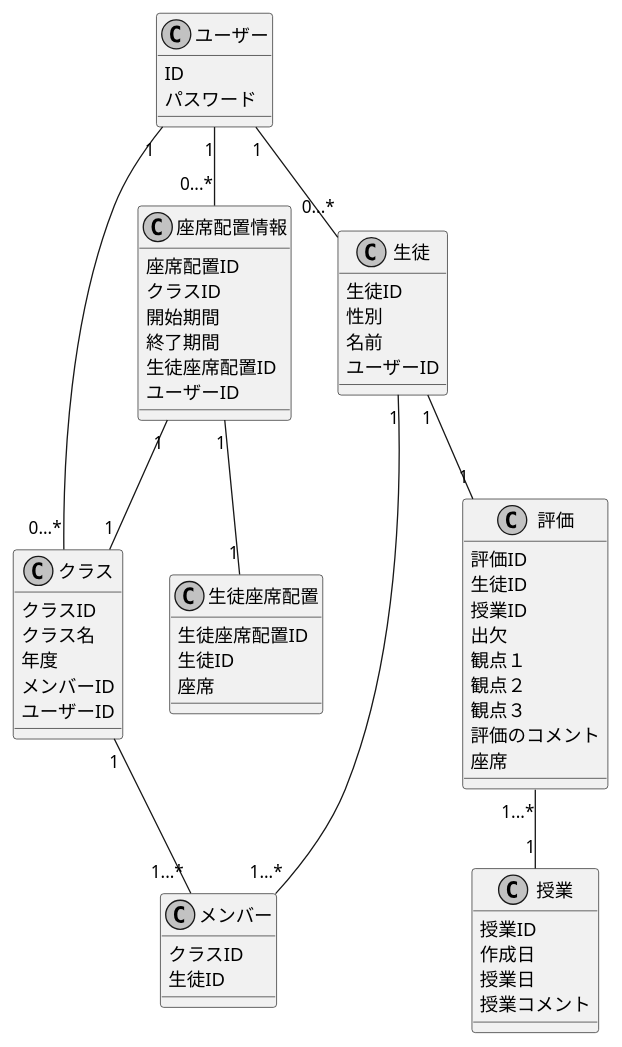
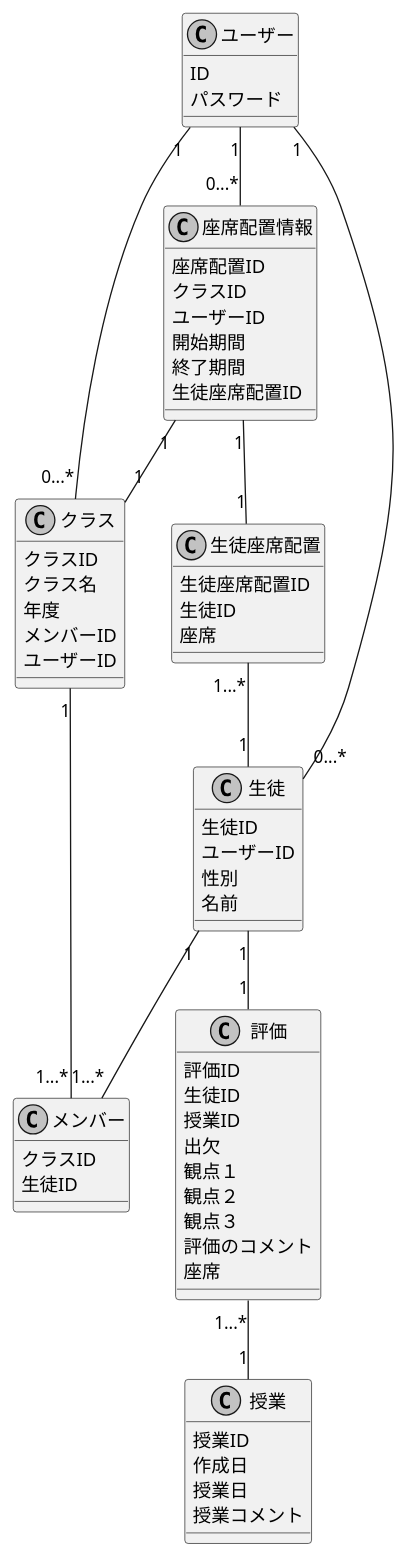
One commit to hatosableSAN/KTaNE-Expertingweb changed the diagram in docs/class.pu. Above: the diagram before and after it, drawn with PlantUML.

Commit message:
update:クラス図を更新しました。生徒座席配置とメンバーを訂正しました

```diff
--- a/docs/class.pu
+++ b/docs/class.pu
@@ -1,75 +1,76 @@
 @startuml class_diagram
 skinparam monochrome true
 skinparam shadowing false
 ' クラスを定義
 
 class ユーザー{
     ID
     パスワード
 }
 
 class 生徒{
     生徒ID
+    ユーザーID
     性別
     名前
-    ユーザーID
 }
 class クラス{
     クラスID
     クラス名
     年度
     メンバーID
     ユーザーID
 }
 class メンバー{
     クラスID
     生徒ID
 }
 class 座席配置情報{
     座席配置ID
     クラスID
+    ユーザーID
     開始期間
     終了期間
     生徒座席配置ID
-    ユーザーID
 }
 class 生徒座席配置{
     生徒座席配置ID
     生徒ID
     座席
 }
 class 評価{
     評価ID
     生徒ID
     授業ID
     出欠
     観点１
     観点２
     観点３
     評価のコメント
     座席
 }
 
 class 授業{
     授業ID
     作成日
     授業日
     授業コメント
 }
 
 
 ' 関係を定義
 'left to right direction
 
 座席配置情報 "1"--"1" 生徒座席配置
 評価 "1...*" -- "1"  授業
 クラス "1" -- "1...*" メンバー
 生徒 "1" -- "1...*" メンバー
 生徒"1" -- "1" 評価
 ユーザー"1" -- "0...*" 生徒
 ユーザー"1" -- "0...*" 座席配置情報
 ユーザー"1" -- "0...*" クラス
 座席配置情報 "1" -- "1"クラス
+生徒座席配置 "1...*" -- "1" 生徒
 
 ' umlの終了を宣言
 @enduml
```
